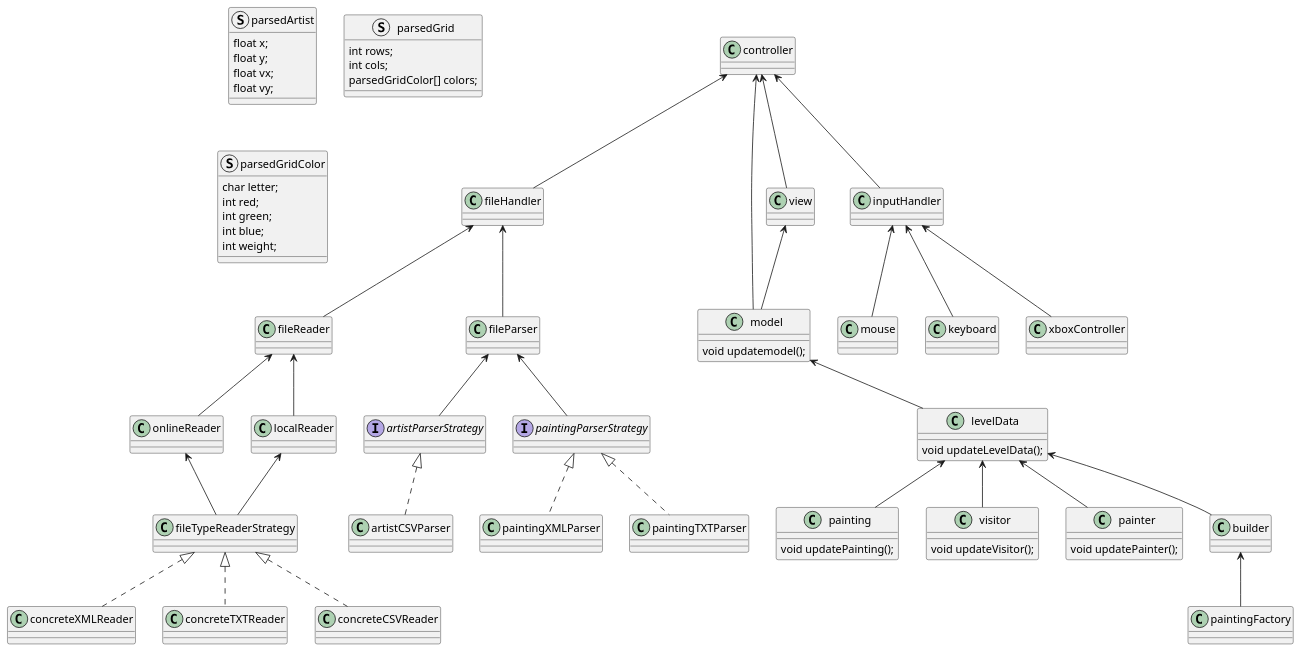
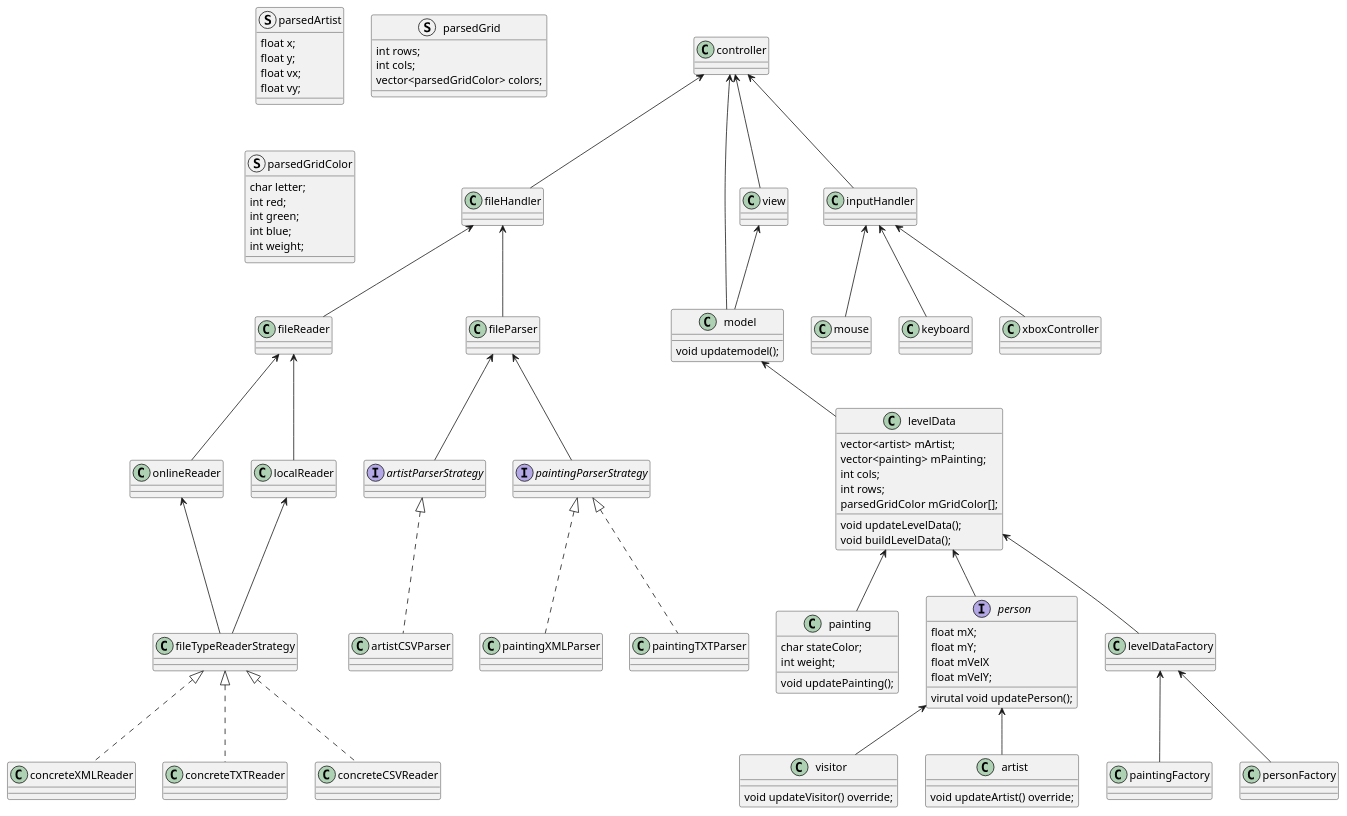
The diagram in docs/classDiagram.puml (heavydragon99/AlgaDepa_Assesment), drawn with PlantUML before and after one commit.

Commit message:
Updated class diagram

```diff
--- a/docs/classDiagram.puml
+++ b/docs/classDiagram.puml
@@ -1,162 +1,188 @@
 @startuml
 
 class fileHandler {
 }
 
 class fileReader {
 }
 
 class fileParser {
 }
 
 interface artistParserStrategy {
 
 }
 
 interface paintingParserStrategy {
 
 }
 
 
 class artistCSVParser{ 
 }
 
 class paintingXMLParser {
 }
 
 class paintingTXTParser {
 }
 
 class onlineReader {
 
 }
 
 class localReader {
 }
 
 class concreteXMLReader {
 }
 
 class concreteTXTReader {
 }
 
 class concreteCSVReader {
 }
 
 class controller{
 
 }
 
 class model{
     void updatemodel();
 }
 
 class levelData{
     void updateLevelData();
+    void buildLevelData();
+
+    vector<artist> mArtist;
+    vector<painting> mPainting;
+    int cols;
+    int rows;
+    parsedGridColor mGridColor[];
 }
 
 class painting{
     void updatePainting();
+
+    char stateColor;
+    int weight;
+}
+
+interface person{
+    virutal void updatePerson();
+
+    float mX;
+    float mY;
+    float mVelX
+    float mVelY;
 }
 
 class visitor{
-    void updateVisitor();
+    void updateVisitor() override;
 }
 
-class painter{
-    void updatePainter();
+class artist{
+    void updateArtist() override;
 }
 
 class inputHandler{
 }
 
 class mouse{
     ' use 3rd party library to get mouse coordinates and translate to generic data
 }
 
 class keyboard{
     ' use 3rd party library to get keyboard input and translate to generic data
 }
 
 class xboxController{
     ' use 3rd party library to get xbox controller input and translate to generic data
 }
 
-class builder{}
+class levelDataFactory{}
 
 class paintingFactory{}
+
+class personFactory{}
 
 class view{}
 
 struct parsedArtist{
     float x;
     float y;
     float vx;
     float vy;
 }
 
 ' vector<char> parsedPainting()
 
 struct parsedGrid{
     int rows;
     int cols;
-    parsedGridColor[] colors;
+    vector<parsedGridColor> colors;
 
 }
 
 struct parsedGridColor{
     char letter;
     int red;
     int green;
     int blue;
     int weight;
 }
 
 
 controller <-- fileHandler
 controller <-- model
 controller <-- inputHandler
 controller <-- view
 view <-- model
 
 ' model
 model <-- levelData
 levelData <-- painting
-levelData <-- visitor
-levelData <-- painter
+levelData <-- person
+person <-- visitor
+person <-- artist
 
-levelData <-- builder
 
-builder <-- paintingFactory
+
+levelData <-- levelDataFactory
+
+levelDataFactory <-- paintingFactory
+levelDataFactory <-- personFactory
+
 
 
 ' filehandler
 fileHandler <-- fileReader
 
 ' Reader
 fileReader <-- onlineReader
 fileReader <-- localReader
 
 
 onlineReader <-- fileTypeReaderStrategy
 localReader <-- fileTypeReaderStrategy
 
 fileTypeReaderStrategy <|.. concreteXMLReader
 fileTypeReaderStrategy <|.. concreteTXTReader
 fileTypeReaderStrategy <|.. concreteCSVReader
 
 ' Parser
 fileHandler <-- fileParser
 fileParser <-- artistParserStrategy
 fileParser <-- paintingParserStrategy
 
 artistParserStrategy <|.. artistCSVParser
 paintingParserStrategy <|.. paintingTXTParser
 paintingParserStrategy <|.. paintingXMLParser
 
 
 ' inputHandler
 inputHandler <-- mouse
 inputHandler <-- keyboard
 inputHandler <-- xboxController
 @enduml
```
